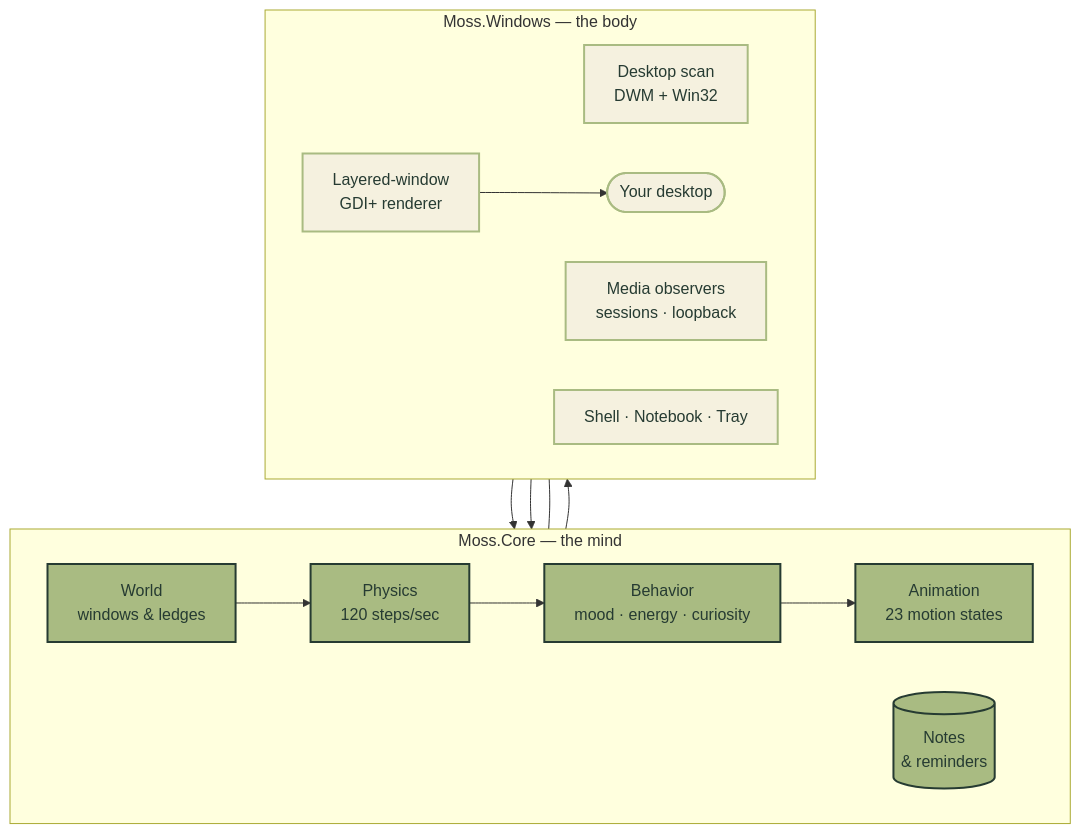
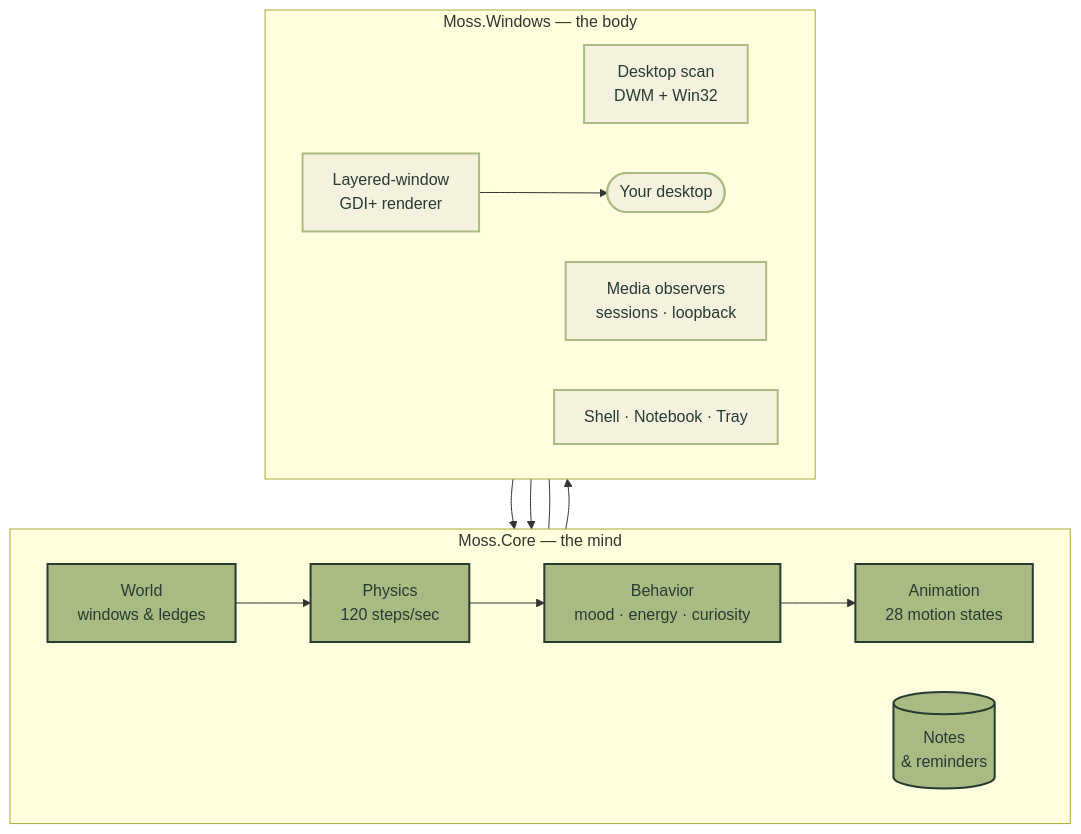
Before and after one commit to aryan-astra/Moss: the diagram in README.md, drawn with Mermaid. The commit also changed other lines of this file, not shown here.

````diff
--- a/README.md
+++ b/README.md
@@ -51,22 +52,22 @@
 ```mermaid
 flowchart TB
     subgraph core["Moss.Core — the mind"]
         direction LR
         world["World<br/>windows & ledges"] --> physics["Physics<br/>120 steps/sec"]
         physics --> behavior["Behavior<br/>mood · energy · curiosity"]
-        behavior --> anim["Animation<br/>23 motion states"]
+        behavior --> anim["Animation<br/>28 motion states"]
         notes[("Notes<br/>& reminders")]
     end
     subgraph win["Moss.Windows — the body"]
         direction LR
         scan["Desktop scan<br/>DWM + Win32"] --> world
         media["Media observers<br/>sessions · loopback"] --> behavior
         anim --> render["Layered-window<br/>GDI+ renderer"]
         render --> screen(["Your desktop"])
         shell["Shell · Notebook · Tray"] --- notes
     end
     classDef leaf fill:#A9BB82,stroke:#263B32,stroke-width:2px,color:#263B32;
     classDef cream fill:#F5F1DF,stroke:#A9BB82,stroke-width:2px,color:#263B32;
     class world,physics,behavior,anim,notes leaf;
     class scan,media,render,shell,screen cream;
 ```
````
